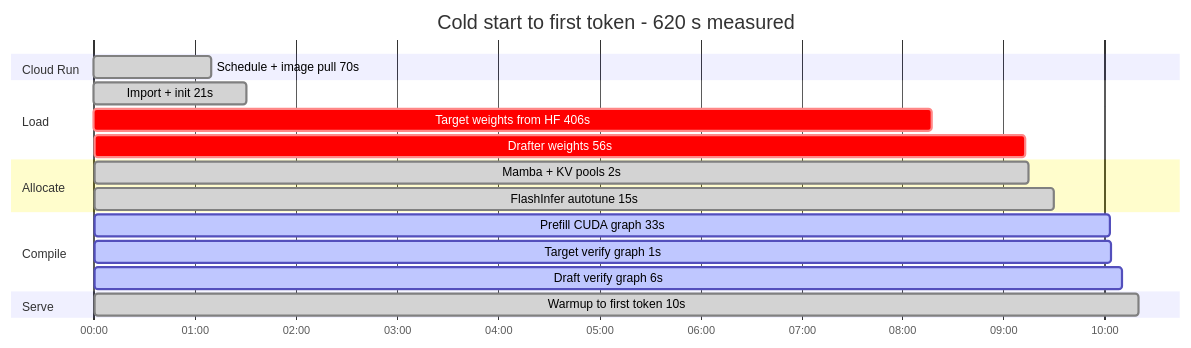
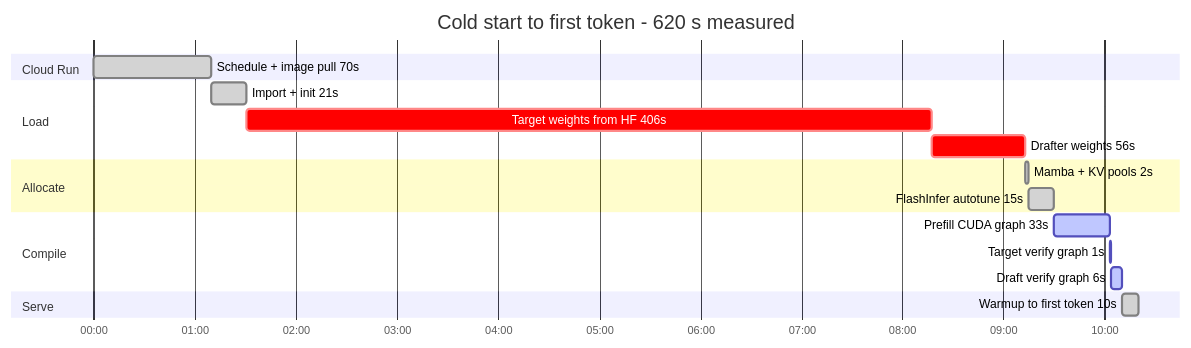
Before and after one commit to hanxiao/Qwen3.8-27B-abliterated-AWQ-SGLang-DFlash2-RTX-PRO-6000: the diagram in README.md, drawn with Mermaid.

Commit message:
Fix the gantt: absolute start,end silently renders every bar from zero
Mermaid honoured the end value and dropped the start, so all ten phases began
at 00:00 and the chart implied everything ran concurrently. Chaining with
'after <tag>, <duration>s' renders the sequence correctly. Verified by rendering
it with mermaid-cli rather than trusting the syntax.

````diff
--- a/README.md
+++ b/README.md
@@ -215,21 +215,21 @@
 ```mermaid
 gantt
     title Cold start to first token - 620 s measured
     dateFormat X
     axisFormat %M:%S
     section Cloud Run
-    Schedule + image pull  70s   :done, sched, 0, 70
+    Schedule + image pull 70s     :done, sched, 0, 70s
     section Load
-    Import + init  21s            :done, init, 70, 91
-    Target weights from HF  406s  :crit, tw, 91, 497
-    Drafter weights  56s          :crit, dw, 497, 553
+    Import + init 21s             :done, init, after sched, 21s
+    Target weights from HF 406s   :crit, tw, after init, 406s
+    Drafter weights 56s           :crit, dw, after tw, 56s
     section Allocate
-    Mamba + KV pools  2s          :done, pools, 553, 555
-    FlashInfer autotune  15s      :done, tune, 555, 570
+    Mamba + KV pools 2s           :done, pools, after dw, 2s
+    FlashInfer autotune 15s       :done, tune, after pools, 15s
     section Compile
-    Prefill CUDA graph  33s       :active, g1, 570, 603
-    Target verify graph  1s       :active, g2, 603, 604
-    Draft verify graph  6s        :active, g3, 604, 610
+    Prefill CUDA graph 33s        :active, g1, after tune, 33s
+    Target verify graph 1s        :active, g2, after g1, 1s
+    Draft verify graph 6s         :active, g3, after g2, 6s
     section Serve
-    Warmup to first token  10s    :done, warm, 610, 620
+    Warmup to first token 10s     :done, warm, after g3, 10s
 ```
````
